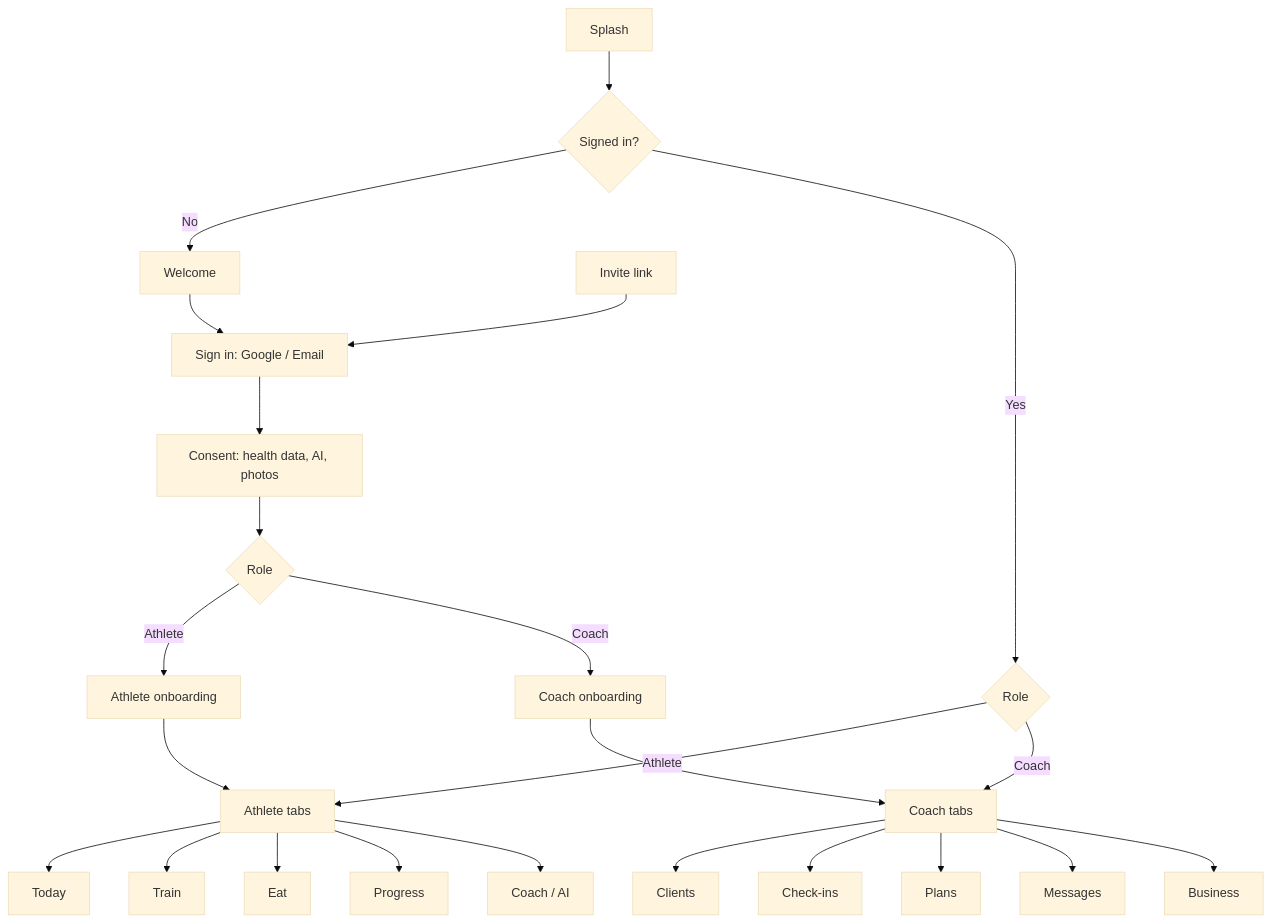
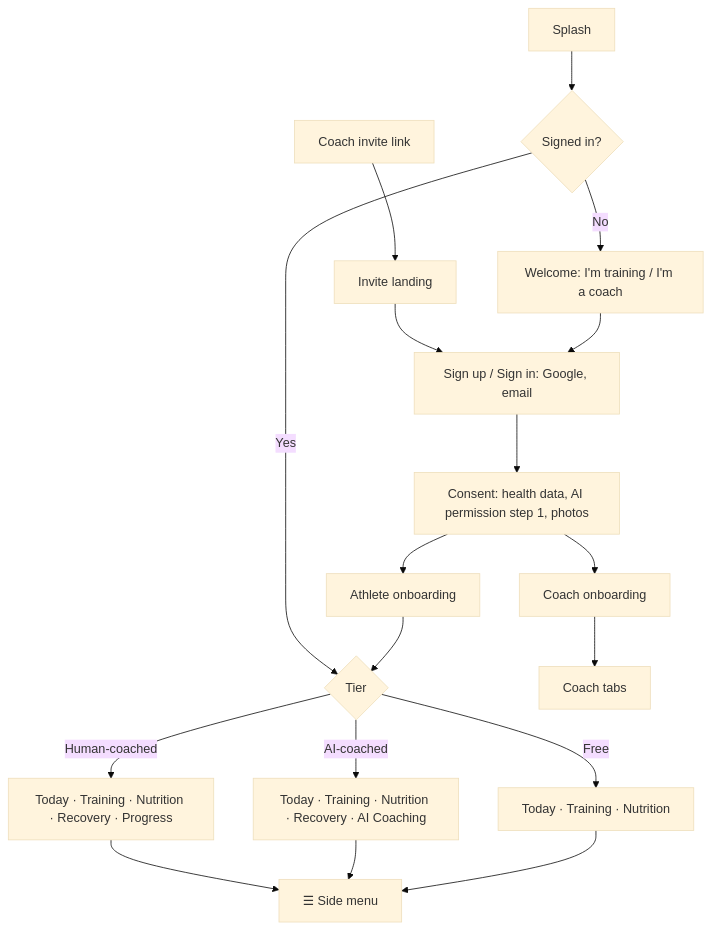
One commit to kirankushal2210/ArcWell changed the diagram in docs/design/sitemap.md. Above: the diagram before and after it, drawn with Mermaid (base theme). The commit also changed other lines of this file and 14 other files, not shown here.

````diff
--- a/docs/design/sitemap.md
+++ b/docs/design/sitemap.md
@@ -7,14 +9,13 @@
 ```mermaid
 flowchart TD
   Launch[Splash] --> Auth{Signed in?}
-  Auth -- No --> Welcome[Welcome] --> SignIn[Sign in: Google / Email] --> Consent[Consent: health data, AI, photos]
-  Consent --> Role{Role}
-  Auth -- Yes --> Shell{Role}
-  Role -- Athlete --> AOnb[Athlete onboarding] --> AShell
-  Role -- Coach --> COnb[Coach onboarding] --> CShell
-  Invite[Invite link] --> SignIn
-  Shell -- Athlete --> AShell[Athlete tabs]
-  Shell -- Coach --> CShell[Coach tabs]
-  AShell --> Today & Train & Eat & Progress & CoachTab[Coach / AI]
-  CShell --> Clients & Checkins[Check-ins] & Plans & Messages & Business
+  Auth -- No --> Welcome[Welcome: I'm training / I'm a coach] --> SignUp[Sign up / Sign in: Google, email] --> Consent[Consent: health data, AI permission step 1, photos]
+  Invite[Coach invite link] --> InviteLanding[Invite landing] --> SignUp
+  Consent --> AOnb[Athlete onboarding] --> Tier{Tier}
+  Consent --> COnb[Coach onboarding] --> CShell[Coach tabs]
+  Auth -- Yes --> Tier
+  Tier -- Free --> FBar[Today · Training · Nutrition]
+  Tier -- AI-coached --> ABar[Today · Training · Nutrition · Recovery · AI Coaching]
+  Tier -- Human-coached --> HBar[Today · Training · Nutrition · Recovery · Progress]
+  FBar & ABar & HBar --> Menu[☰ Side menu]
 ```
````
